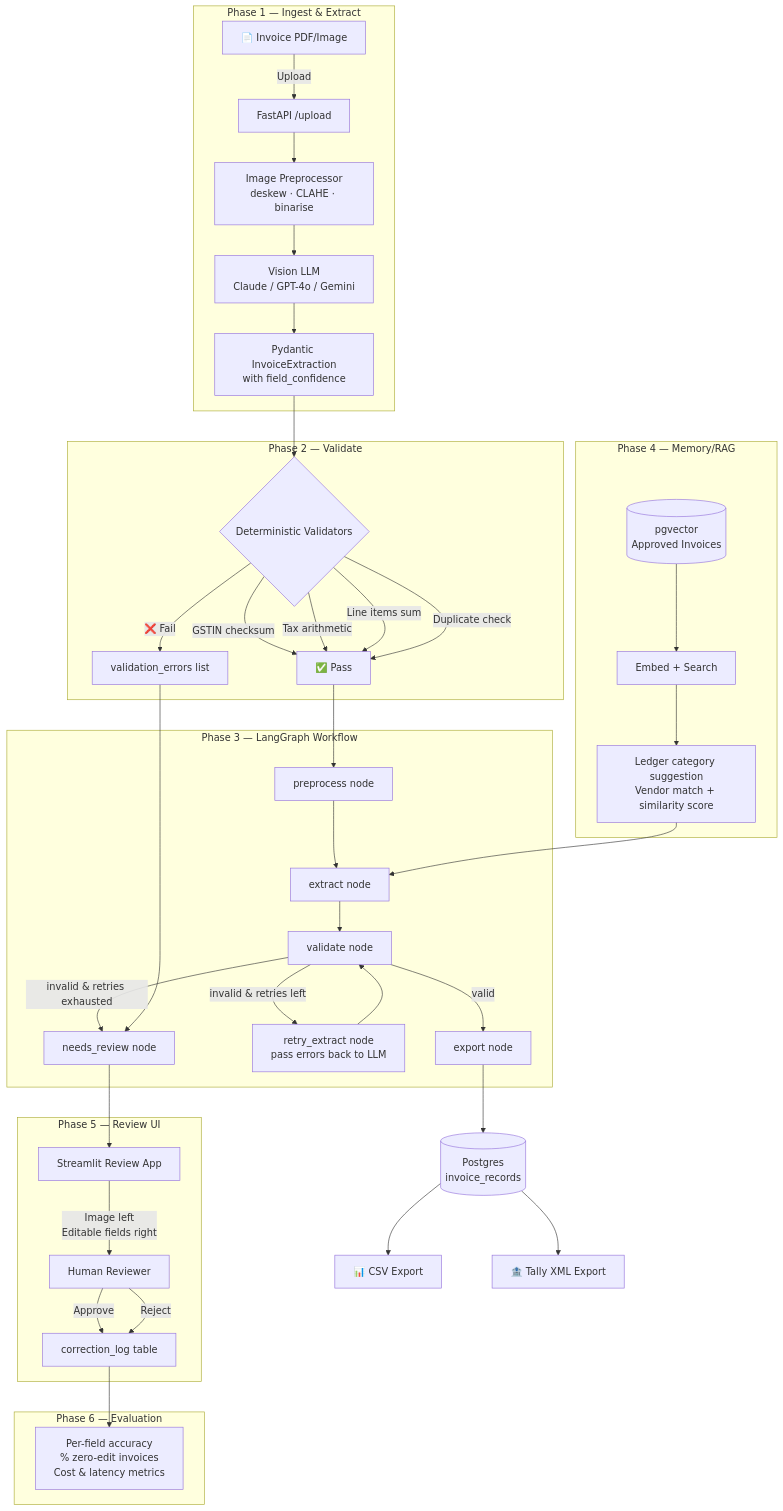
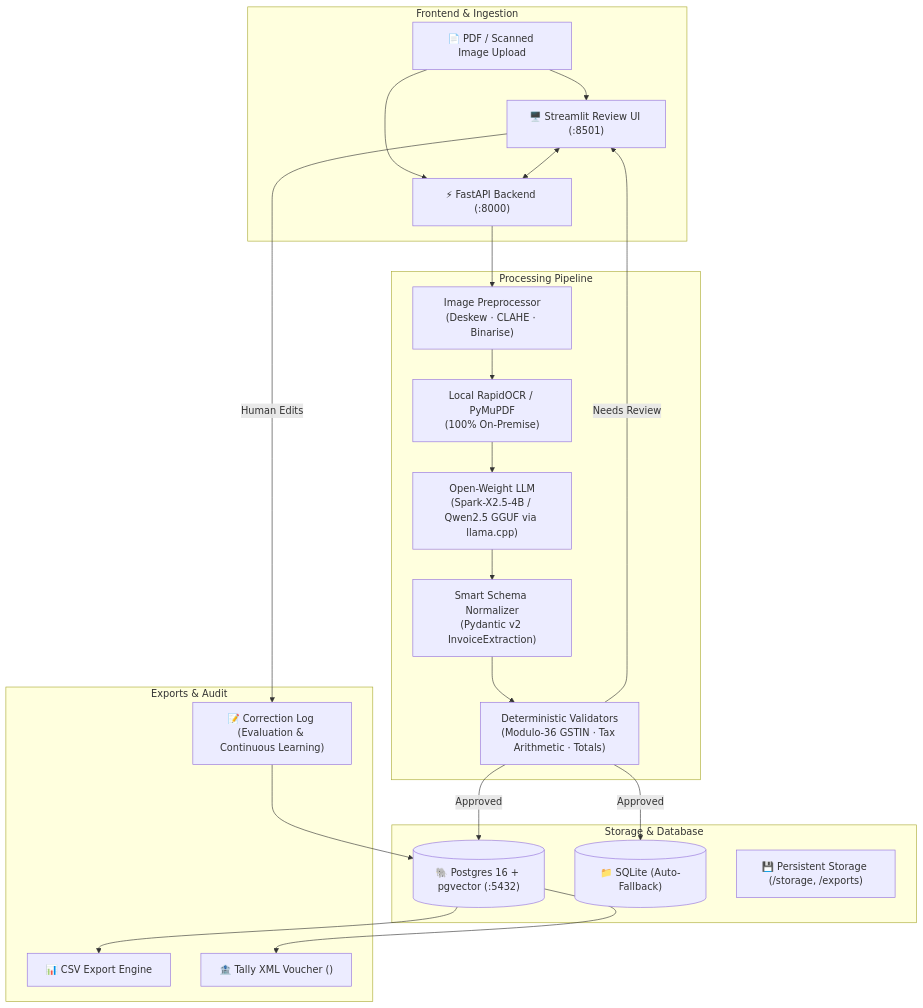
Before and after one commit to XestalNitish/invoice-processing-agent: the diagram in README.md, drawn with Mermaid. The commit also changed other lines of this file, not shown here.

Commit message:
docs: comprehensive production architecture and docker deployment guide

````diff
--- a/README.md
+++ b/README.md
@@ -7,50 +9,40 @@
 ```mermaid
 flowchart TD
-    subgraph Phase1["Phase 1 — Ingest & Extract"]
-        A[📄 Invoice PDF/Image] -->|Upload| B[FastAPI /upload]
-        B --> C[Image Preprocessor\ndeskew · CLAHE · binarise]
-        C --> D[Vision LLM\nClaude / GPT-4o / Gemini]
-        D --> E[Pydantic InvoiceExtraction\nwith field_confidence]
+    subgraph Client["Frontend & Ingestion"]
+        UI["🖥️ Streamlit Review UI (:8501)"]
+        API["⚡ FastAPI Backend (:8000)"]
+        Upload["📄 PDF / Scanned Image Upload"]
     end
 
-    subgraph Phase2["Phase 2 — Validate"]
-        E --> F{Deterministic Validators}
-        F -->|GSTIN checksum| G[✅ Pass]
-        F -->|Tax arithmetic| G
-        F -->|Line items sum| G
-        F -->|Duplicate check| G
-        F -->|❌ Fail| H[validation_errors list]
+    subgraph Core["Processing Pipeline"]
+        Pre["Image Preprocessor\n(Deskew · CLAHE · Binarise)"]
+        OCR["Local RapidOCR / PyMuPDF\n(100% On-Premise)"]
+        LLM["Open-Weight LLM\n(Spark-X2.5-4B / Qwen2.5 GGUF via llama.cpp)"]
+        Norm["Smart Schema Normalizer\n(Pydantic v2 InvoiceExtraction)"]
+        Val["Deterministic Validators\n(Modulo-36 GSTIN · Tax Arithmetic · Totals)"]
     end
 
-    subgraph Phase3["Phase 3 — LangGraph Workflow"]
-        G --> I[preprocess node]
-        I --> J[extract node]
-        J --> K[validate node]
-        K -->|valid| L[export node]
-        K -->|invalid & retries left| M[retry_extract node\npass errors back to LLM]
-        M --> K
-        K -->|invalid & retries exhausted| N[needs_review node]
-        H --> N
+    subgraph Storage["Storage & Database"]
+        PG[("🐘 Postgres 16 + pgvector (:5432)")]
+        SQLite[("📁 SQLite (Auto-Fallback)")]
+        Vol["💾 Persistent Storage (/storage, /exports)"]
     end
 
-    subgraph Phase4["Phase 4 — Memory/RAG"]
-        O[(pgvector\nApproved Invoices)] --> P[Embed + Search]
-        P --> Q[Ledger category suggestion\nVendor match + similarity score]
-        Q --> J
+    subgraph Output["Exports & Audit"]
+        CSV["📊 CSV Export Engine"]
+        Tally["🏦 Tally XML Voucher (<VOUCHER VCHTYPE='Purchase'>)"]
+        Log["📝 Correction Log (Evaluation & Continuous Learning)"]
     end
 
-    subgraph Phase5["Phase 5 — Review UI"]
-        N --> R[Streamlit Review App]
-        R -->|Image left\nEditable fields right| S[Human Reviewer]
-        S -->|Approve| T[correction_log table]
-        S -->|Reject| T
-    end
-
-    subgraph Phase6["Phase 6 — Evaluation"]
-        T --> U[Per-field accuracy\n% zero-edit invoices\nCost & latency metrics]
-    end
-
-    L --> V[(Postgres\ninvoice_records)]
-    V --> W[📊 CSV Export]
-    V --> X[🏦 Tally XML Export]
+    Upload --> API
+    Upload --> UI
+    UI <--> API
+    API --> Pre --> OCR --> LLM --> Norm --> Val
+    Val -->|Approved| PG
+    Val -->|Approved| SQLite
+    Val -->|Needs Review| UI
+    UI -->|Human Edits| Log
+    Log --> PG
+    PG --> CSV
+    PG --> Tally
 ```
````
